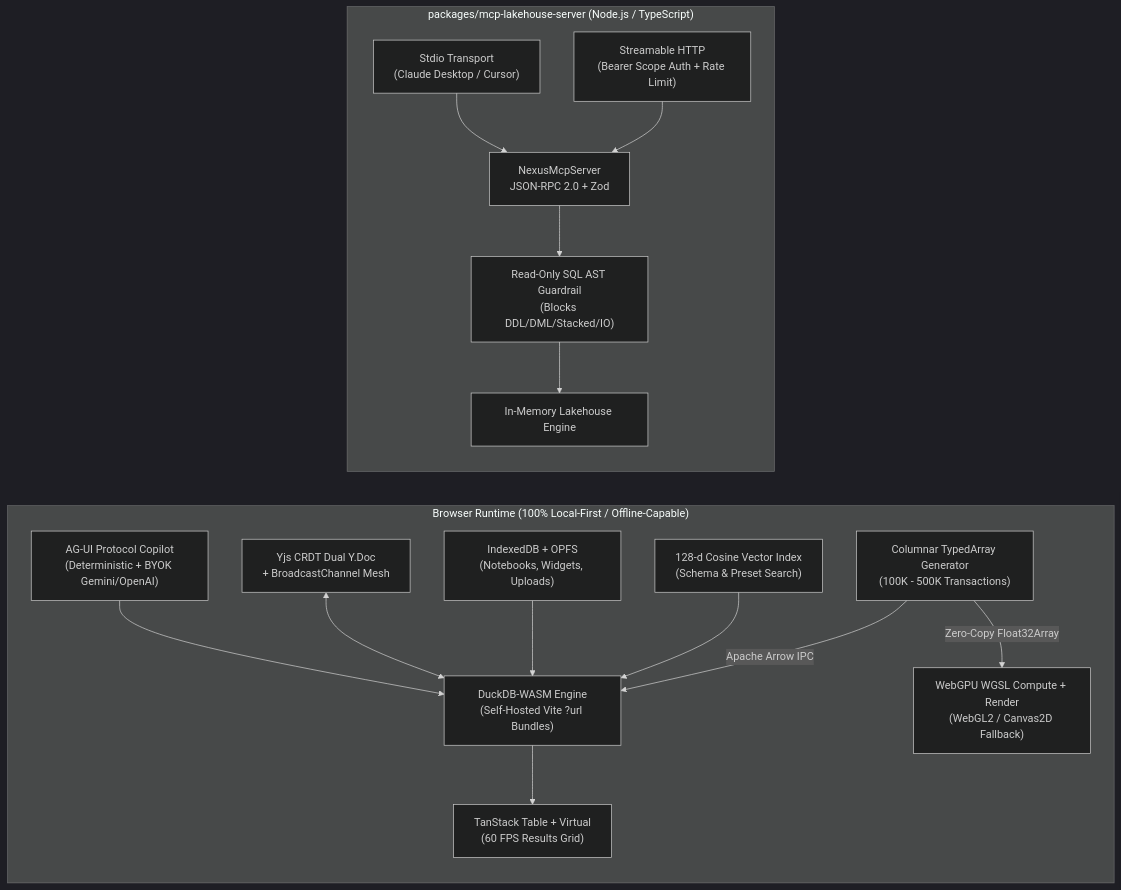
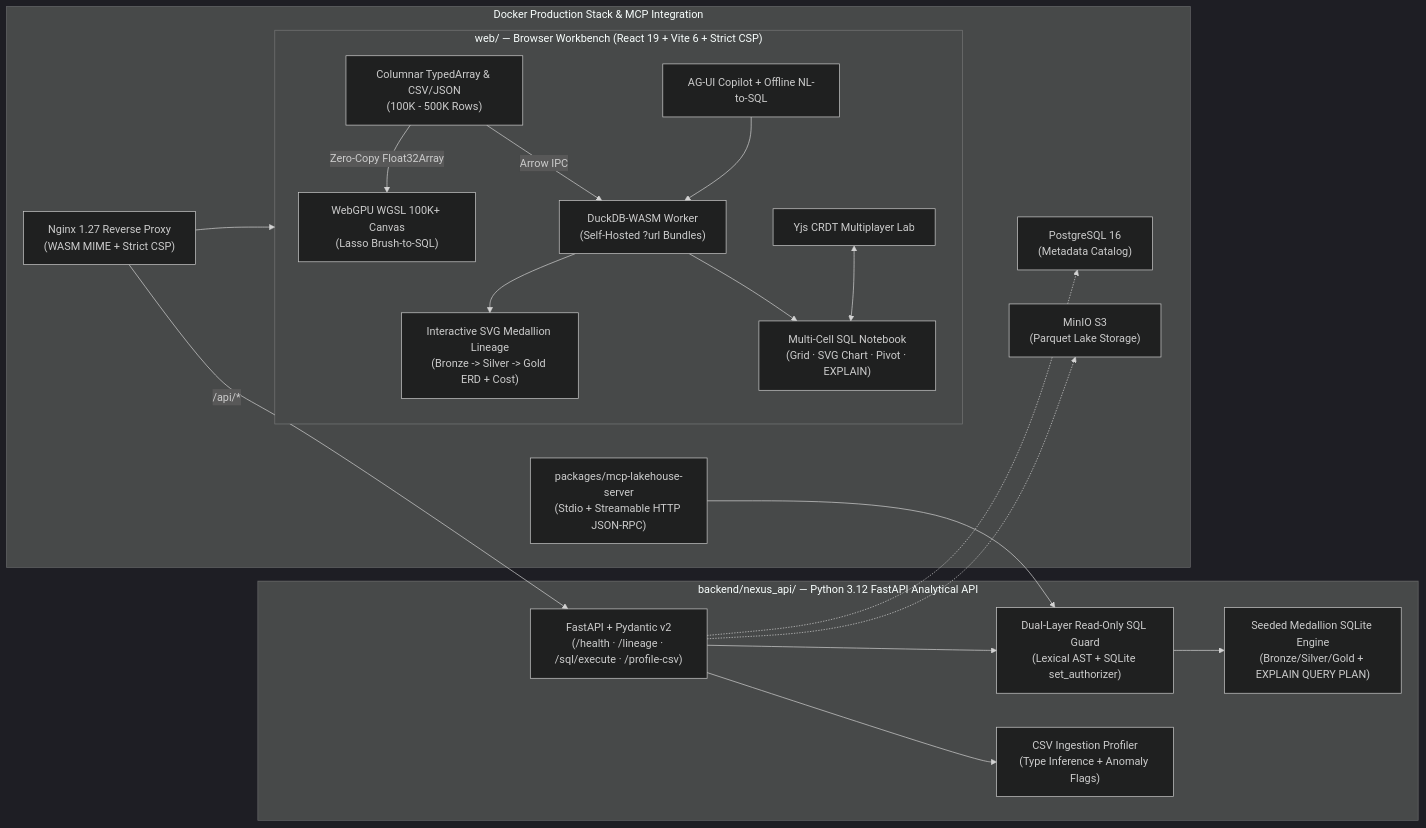
The diagram in README.md (tvt987/nexus-lake), drawn with Mermaid (dark theme) before and after one commit. The commit also changed other lines of this file and 30 other files, not shown here.

Commit message:
feat(v4.0): Full-Stack Python 3.12 FastAPI + DuckDB-WASM Lakehouse — Interactive SVG Medallion Schema Lineage ERD, Materialized View Cost Inspector, Route Code-Splitting, Docker & OpenAPI 3.1

````diff
--- a/README.md
+++ b/README.md
@@ -12,19 +12,25 @@
 ```mermaid
 flowchart LR
-  subgraph Browser["Browser Runtime (100% Local-First / Offline-Capable)"]
-    GEN["Columnar TypedArray Generator\n(100K - 500K Transactions)"] -->|Apache Arrow IPC| DUCK["DuckDB-WASM Engine\n(Self-Hosted Vite ?url Bundles)"]
-    GEN -->|Zero-Copy Float32Array| GPU["WebGPU WGSL Compute + Render\n(WebGL2 / Canvas2D Fallback)"]
-    DUCK --> TBL["TanStack Table + Virtual\n(60 FPS Results Grid)"]
-    VEC["128-d Cosine Vector Index\n(Schema & Preset Search)"] --> DUCK
-    IDB["IndexedDB + OPFS\n(Notebooks, Widgets, Uploads)"] --> DUCK
-    YJS["Yjs CRDT Dual Y.Doc\n+ BroadcastChannel Mesh"] <--> DUCK
-    AGUI["AG-UI Protocol Copilot\n(Deterministic + BYOK Gemini/OpenAI)"] --> DUCK
+  subgraph Web["web/ — Browser Workbench (React 19 + Vite 6 + Strict CSP)"]
+    GEN["Columnar TypedArray & CSV/JSON\n(100K - 500K Rows)"] -->|Arrow IPC| DUCK["DuckDB-WASM Worker\n(Self-Hosted ?url Bundles)"]
+    DUCK --> NB["Multi-Cell SQL Notebook\n(Grid · SVG Chart · Pivot · EXPLAIN)"]
+    DUCK --> ERD["Interactive SVG Medallion Lineage\n(Bronze -> Silver -> Gold ERD + Cost)"]
+    GEN -->|Zero-Copy Float32Array| GPU["WebGPU WGSL 100K+ Canvas\n(Lasso Brush-to-SQL)"]
+    YJS["Yjs CRDT Multiplayer Lab"] <--> NB
+    AGUI["AG-UI Copilot + Offline NL-to-SQL"] --> DUCK
   end
 
-  subgraph MCP["packages/mcp-lakehouse-server (Node.js / TypeScript)"]
-    STDIO["Stdio Transport\n(Claude Desktop / Cursor)"] --> CORE["NexusMcpServer\nJSON-RPC 2.0 + Zod"]
-    HTTP["Streamable HTTP\n(Bearer Scope Auth + Rate Limit)"] --> CORE
-    CORE --> AST["Read-Only SQL AST Guardrail\n(Blocks DDL/DML/Stacked/IO)"]
-    AST --> OLAP["In-Memory Lakehouse Engine"]
+  subgraph Backend["backend/nexus_api/ — Python 3.12 FastAPI Analytical API"]
+    API["FastAPI + Pydantic v2\n(/health · /lineage · /sql/execute · /profile-csv)"] --> GUARD["Dual-Layer Read-Only SQL Guard\n(Lexical AST + SQLite set_authorizer)"]
+    GUARD --> SQLITE["Seeded Medallion SQLite Engine\n(Bronze/Silver/Gold + EXPLAIN QUERY PLAN)"]
+    API --> PROF["CSV Ingestion Profiler\n(Type Inference + Anomaly Flags)"]
+  end
+
+  subgraph Infra["Docker Production Stack & MCP Integration"]
+    NGINX["Nginx 1.27 Reverse Proxy\n(WASM MIME + Strict CSP)"] --> Web
+    NGINX -->|/api/*| API
+    API -.-> PG["PostgreSQL 16\n(Metadata Catalog)"]
+    API -.-> MINIO["MinIO S3\n(Parquet Lake Storage)"]
+    MCP["packages/mcp-lakehouse-server\n(Stdio + Streamable HTTP JSON-RPC)"] --> GUARD
   end
 ```
````
